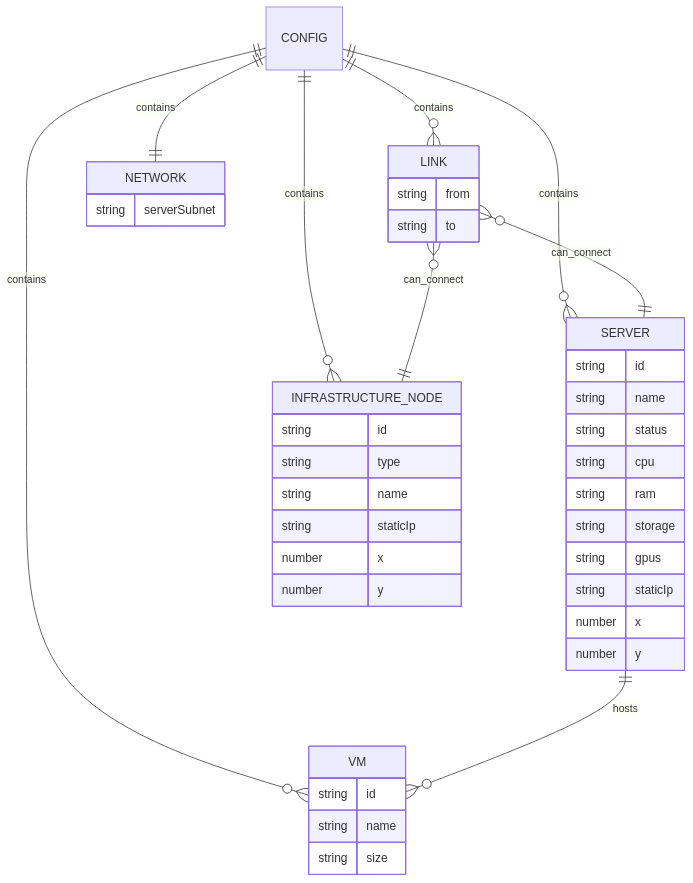
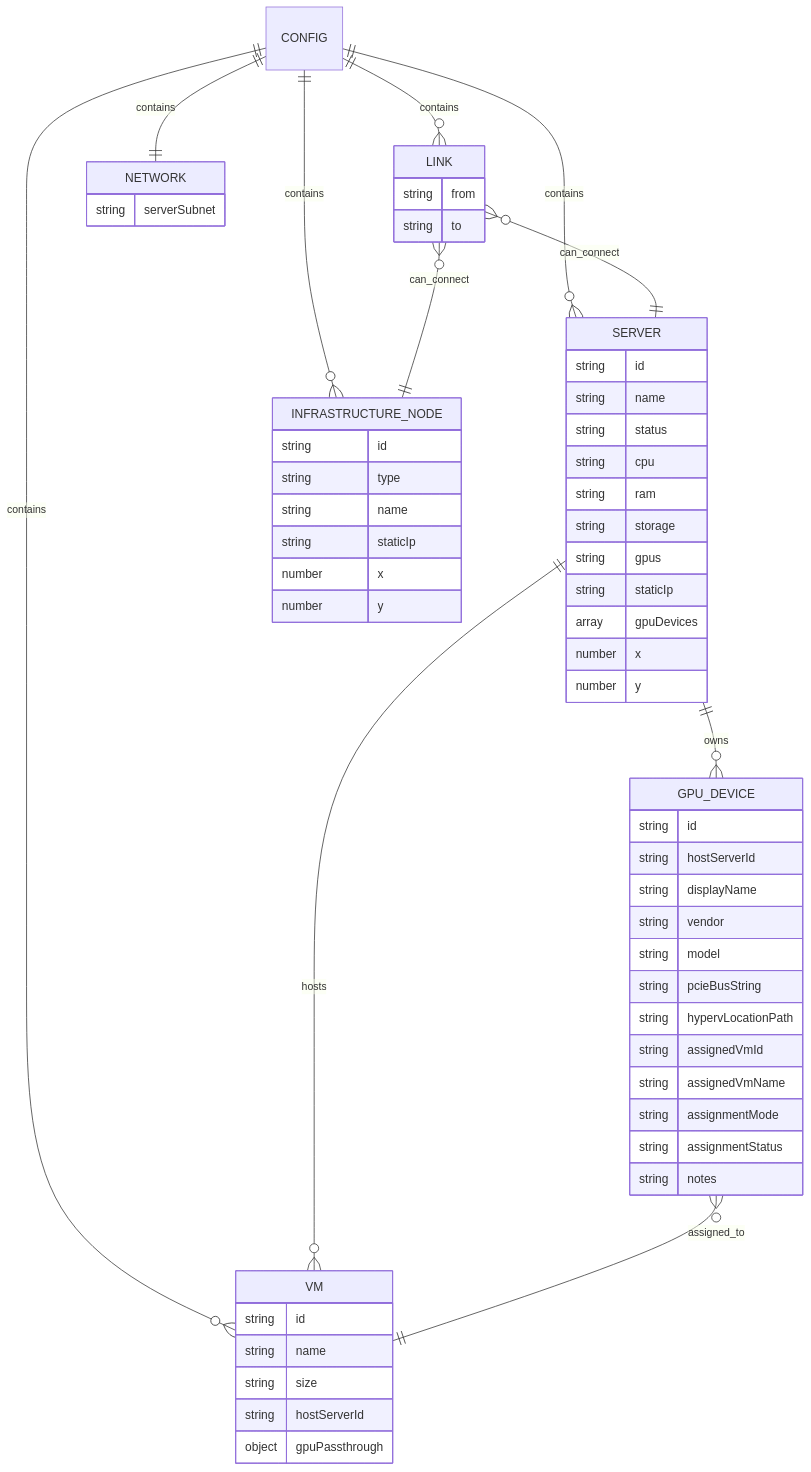
One commit to hikari-u2/data-center-sim changed the second of 3 diagrams in README.md. Above: the diagram before and after it, drawn with Mermaid. The commit also changed other lines of this file and 3 other files, not shown here.

Commit message:
Add Hyper-V GPU passthrough workflow

````diff
--- a/README.md
+++ b/README.md
@@ -33,48 +33,68 @@
 ```mermaid
 erDiagram
   CONFIG ||--o{ SERVER : contains
   CONFIG ||--o{ VM : contains
   CONFIG ||--o{ INFRASTRUCTURE_NODE : contains
   CONFIG ||--o{ LINK : contains
   CONFIG ||--|| NETWORK : contains
   SERVER ||--o{ VM : hosts
+  SERVER ||--o{ GPU_DEVICE : owns
+  GPU_DEVICE }o--|| VM : assigned_to
   LINK }o--|| SERVER : can_connect
   LINK }o--|| INFRASTRUCTURE_NODE : can_connect
 
   NETWORK {
     string serverSubnet
   }
 
   SERVER {
     string id
     string name
     string status
     string cpu
     string ram
     string storage
     string gpus
     string staticIp
+    array gpuDevices
     number x
     number y
   }
 
   VM {
     string id
     string name
     string size
+    string hostServerId
+    object gpuPassthrough
+  }
+
+  GPU_DEVICE {
+    string id
+    string hostServerId
+    string displayName
+    string vendor
+    string model
+    string pcieBusString
+    string hypervLocationPath
+    string assignedVmId
+    string assignedVmName
+    string assignmentMode
+    string assignmentStatus
+    string notes
   }
 
   INFRASTRUCTURE_NODE {
     string id
     string type
     string name
     string staticIp
     number x
     number y
   }
 
   LINK {
     string from
     string to
   }
 ```
````
